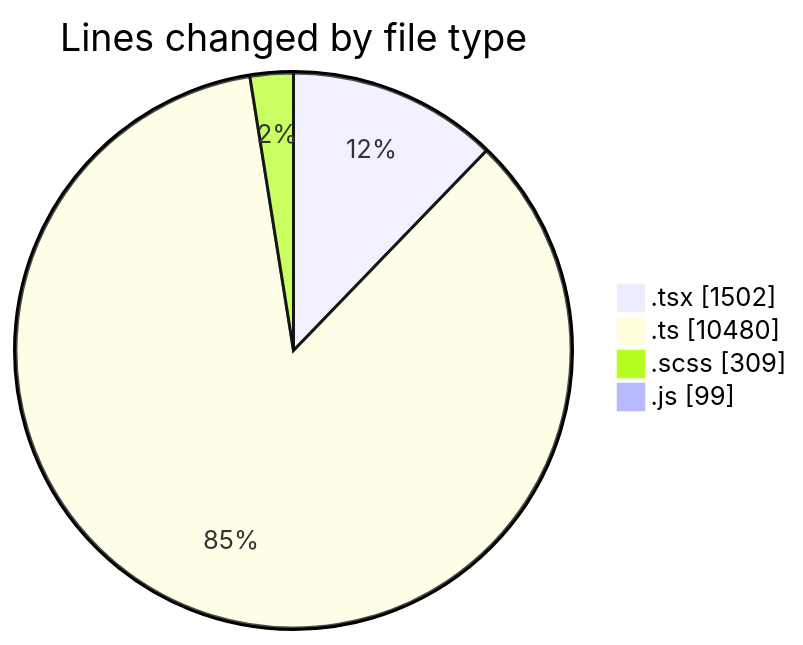
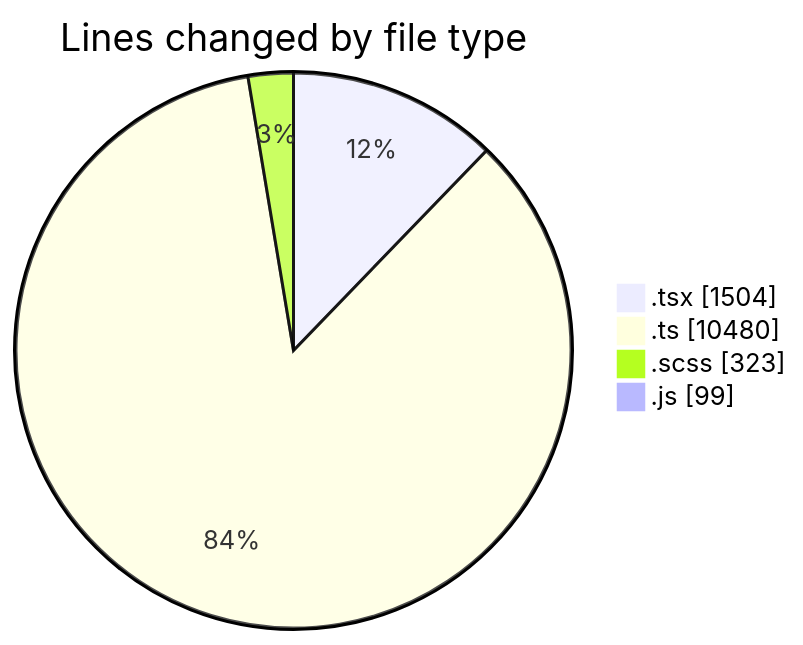
The first of 2 diagrams in 2025-03-26/cda/README.md (momahboobian/code-tracking), drawn with Mermaid before and after one commit. The commit also changed other lines of this file and 1 other file, not shown here.

````diff
--- a/2025-03-26/cda/README.md
+++ b/2025-03-26/cda/README.md
@@ -44,8 +44,8 @@
 ```mermaid
 pie showData
 title Lines changed by file type
-".tsx" : 1502
+".tsx" : 1504
 ".ts" : 10480
-".scss" : 309
+".scss" : 323
 ".js" : 99
 ```
````
